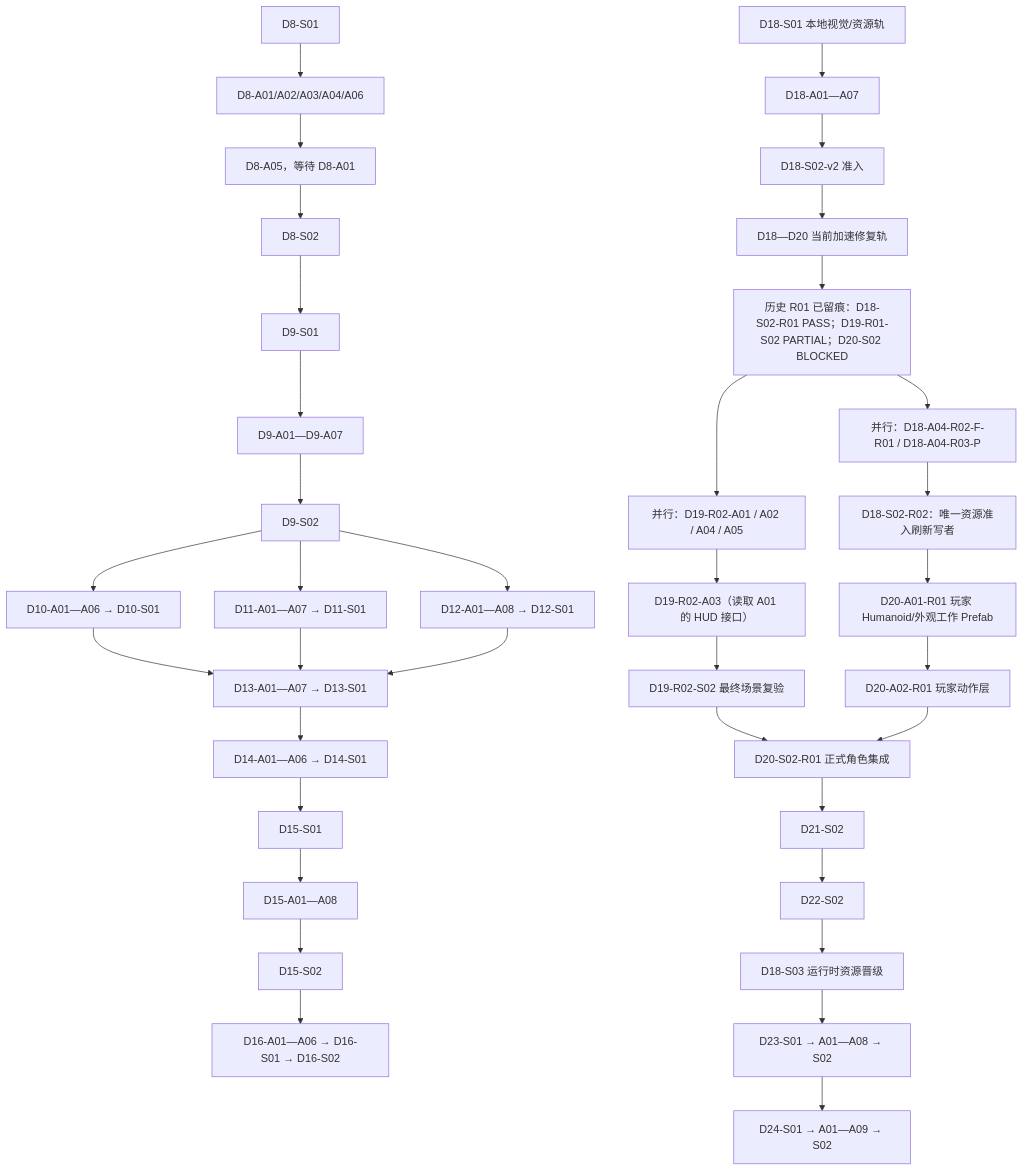
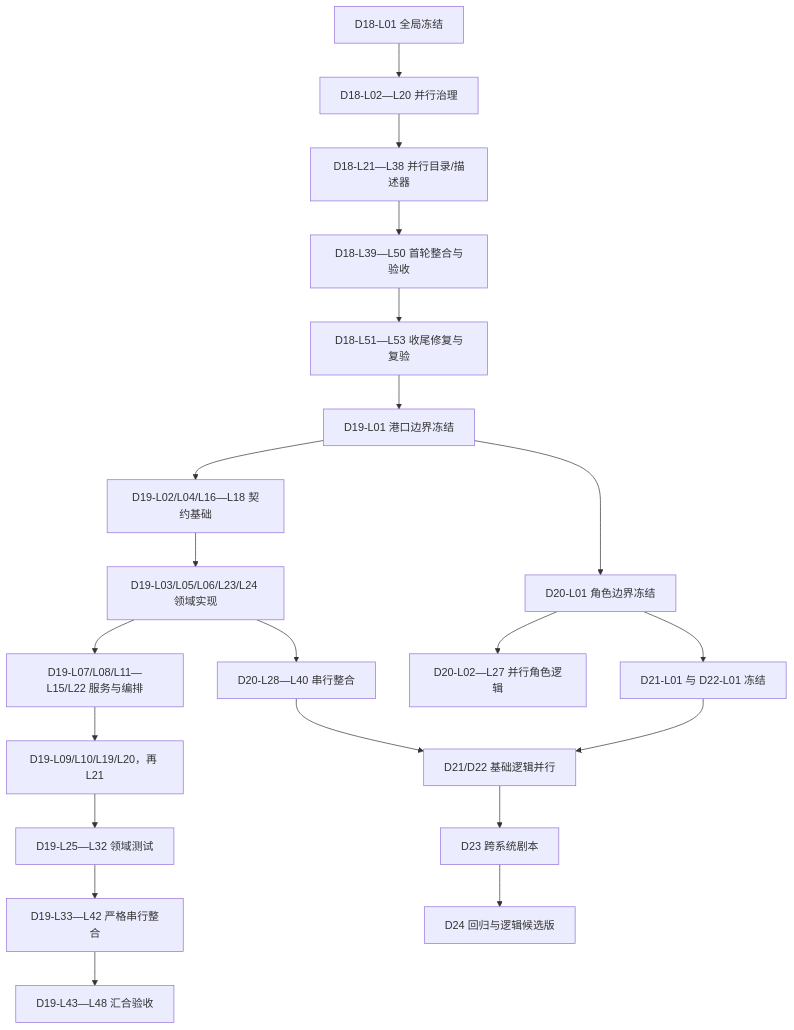
Before and after one commit to tianszpochika-cmd/WhalesIslandReef: the diagram in docs/game/AGENT_DEVELOPMENT_TASKS.md, drawn with Mermaid. The commit also changed other lines of this file and 1206 other files, not shown here.

````diff
--- a/docs/game/AGENT_DEVELOPMENT_TASKS.md
+++ b/docs/game/AGENT_DEVELOPMENT_TASKS.md
@@ -45,38 +38,23 @@
 ```mermaid
 flowchart TD
-  D8S01[D8-S01] --> D8A[D8-A01/A02/A03/A04/A06]
-  D8A --> D8A05[D8-A05，等待 D8-A01]
-  D8A05 --> D8S02[D8-S02]
-  D8S02 --> D9S01[D9-S01]
-  D9S01 --> D9A[D9-A01—D9-A07]
-  D9A --> D9S02[D9-S02]
-  D9S02 --> D10[D10-A01—A06 → D10-S01]
-  D9S02 --> D11[D11-A01—A07 → D11-S01]
-  D9S02 --> D12[D12-A01—A08 → D12-S01]
-  D10 --> D13[D13-A01—A07 → D13-S01]
-  D11 --> D13
-  D12 --> D13
-  D13 --> D14[D14-A01—A06 → D14-S01]
-  D14 --> D15S01[D15-S01]
-  D15S01 --> D15A[D15-A01—A08]
-  D15A --> D15S02[D15-S02]
-  D15S02 --> D16[D16-A01—A06 → D16-S01 → D16-S02]
-  D18S01["D18-S01 本地视觉/资源轨"] --> D18A["D18-A01—A07"]
-  D18A --> D18S02[D18-S02-v2 准入]
-  D18S02 --> Repair["D18—D20 当前加速修复轨"]
-  Repair --> History["历史 R01 已留痕：D18-S02-R01 PASS；D19-R01-S02 PARTIAL；D20-S02 BLOCKED"]
-  History --> AssetFix["并行：D18-A04-R02-F-R01 / D18-A04-R03-P"]
-  AssetFix --> AssetRefresh["D18-S02-R02：唯一资源准入刷新写者"]
-  History --> HarborFix["并行：D19-R02-A01 / A02 / A04 / A05"]
-  HarborFix --> RouteFix["D19-R02-A03（读取 A01 的 HUD 接口）"]
-  RouteFix --> HarborFinal["D19-R02-S02 最终场景复验"]
-  AssetRefresh --> PlayerRig["D20-A01-R01 玩家 Humanoid/外观工作 Prefab"]
-  PlayerRig --> PlayerMotion["D20-A02-R01 玩家动作层"]
-  HarborFinal --> D20S02["D20-S02-R01 正式角色集成"]
-  PlayerMotion --> D20S02
-  D20S02 --> D21S02[D21-S02]
-  D21S02 --> D22S02[D22-S02]
-  D22S02 --> D18S03[D18-S03 运行时资源晋级]
-  D18S03 --> D23[D23-S01 → A01—A08 → S02]
-  D23 --> D24[D24-S01 → A01—A09 → S02]
+  D18A["D18-L01 全局冻结"] --> D18B["D18-L02—L20 并行治理"]
+  D18B --> D18B2["D18-L21—L38 并行目录/描述器"]
+  D18B2 --> D18C["D18-L39—L50 首轮整合与验收"]
+  D18C --> D18R["D18-L51—L53 收尾修复与复验"]
+  D18R --> D19A["D19-L01 港口边界冻结"]
+  D19A --> D19B["D19-L02/L04/L16—L18 契约基础"]
+  D19B --> D19C["D19-L03/L05/L06/L23/L24 领域实现"]
+  D19C --> D19D["D19-L07/L08/L11—L15/L22 服务与编排"]
+  D19D --> D19E["D19-L09/L10/L19/L20，再 L21"]
+  D19E --> D19F["D19-L25—L32 领域测试"]
+  D19F --> D19G["D19-L33—L42 严格串行整合"]
+  D19G --> D19H["D19-L43—L48 汇合验收"]
+  D19A --> D20A["D20-L01 角色边界冻结"]
+  D20A --> D20B["D20-L02—L27 并行角色逻辑"]
+  D19C --> D20C["D20-L28—L40 串行整合"]
+  D20A --> D21D22["D21-L01 与 D22-L01 冻结"]
+  D21D22 --> D21D22P["D21/D22 基础逻辑并行"]
+  D20C --> D21D22P
+  D21D22P --> D23["D23 跨系统剧本"]
+  D23 --> D24["D24 回归与逻辑候选版"]
 ```
````
